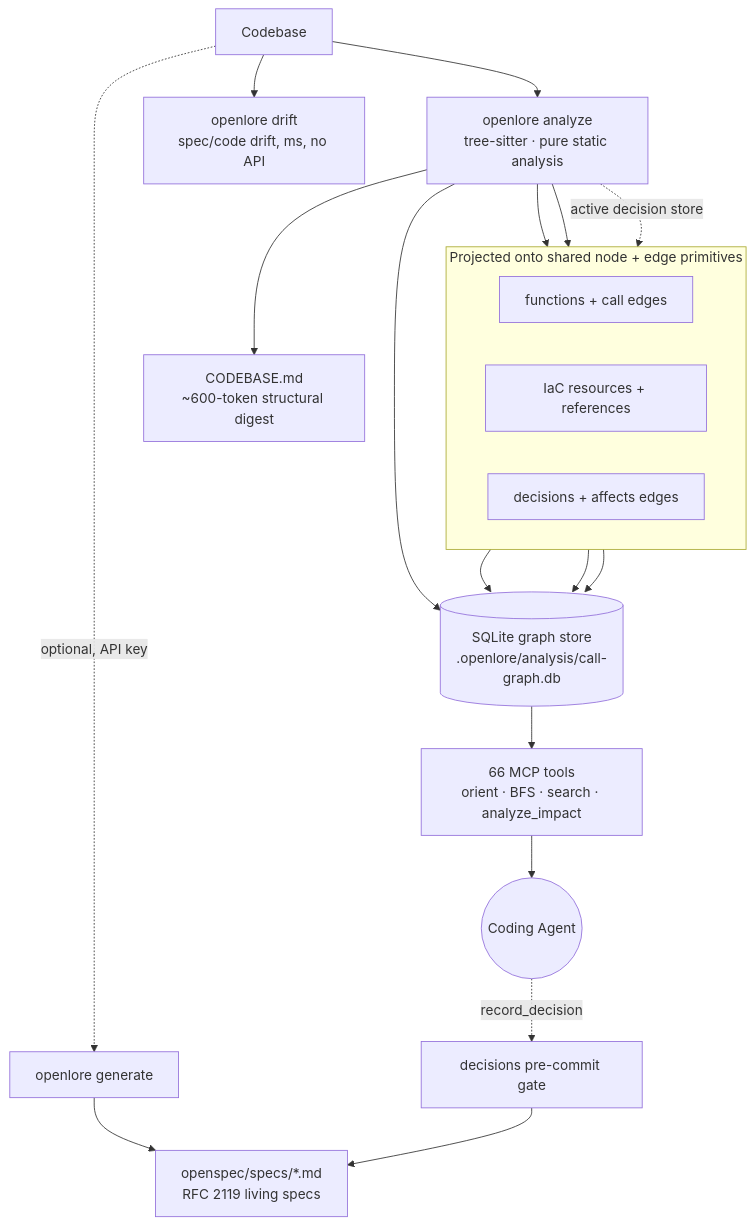
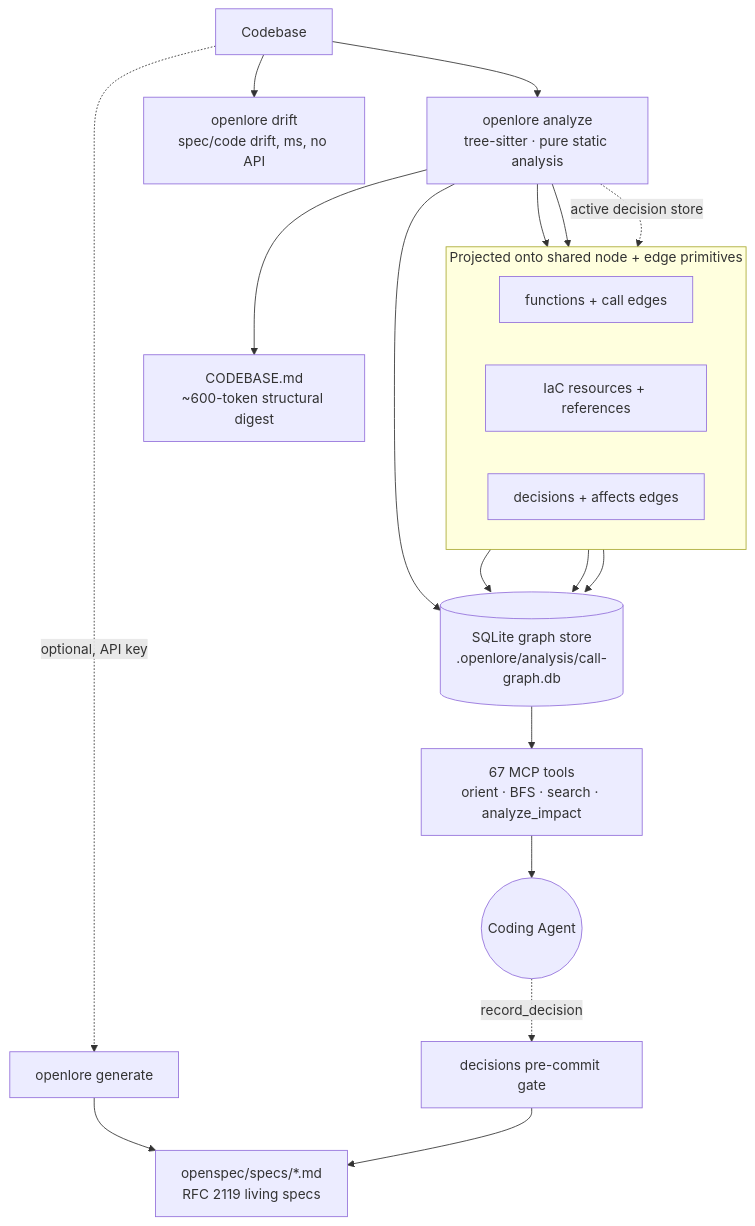
One commit to zoroneo/OpenLore changed the first of 2 diagrams in README.md. Above: the diagram before and after it, drawn with Mermaid. The commit also changed other lines of this file and 24 other files, not shown here.

````diff
--- a/README.md
+++ b/README.md
@@ -451,28 +452,28 @@
 ```mermaid
 flowchart TD
     Code[Codebase] --> Analyze[openlore analyze<br/>tree-sitter · pure static analysis]
     Analyze --> DB[(SQLite graph store<br/>.openlore/analysis/call-graph.db)]
     Analyze --> Digest[CODEBASE.md<br/>~600-token structural digest]
 
     subgraph shared["Projected onto shared node + edge primitives"]
       direction LR
       CodeNodes[functions + call edges]
       Iac[IaC resources + references]
       Dec[decisions + affects edges]
     end
     Analyze --> CodeNodes
     Analyze --> Iac
     Analyze -. active decision store .-> Dec
     CodeNodes --> DB
     Iac --> DB
     Dec --> DB
 
-    DB --> MCP[66 MCP tools<br/>orient · BFS · search · analyze_impact]
+    DB --> MCP[67 MCP tools<br/>orient · BFS · search · analyze_impact]
     MCP --> Agent((Coding Agent))
 
     Code -. optional, API key .-> Gen[openlore generate]
     Gen --> Specs[openspec/specs/*.md<br/>RFC 2119 living specs]
     Code --> Drift[openlore drift<br/>spec/code drift, ms, no API]
     Agent -. record_decision .-> Gate[decisions pre-commit gate]
     Gate --> Specs
 ```
````
